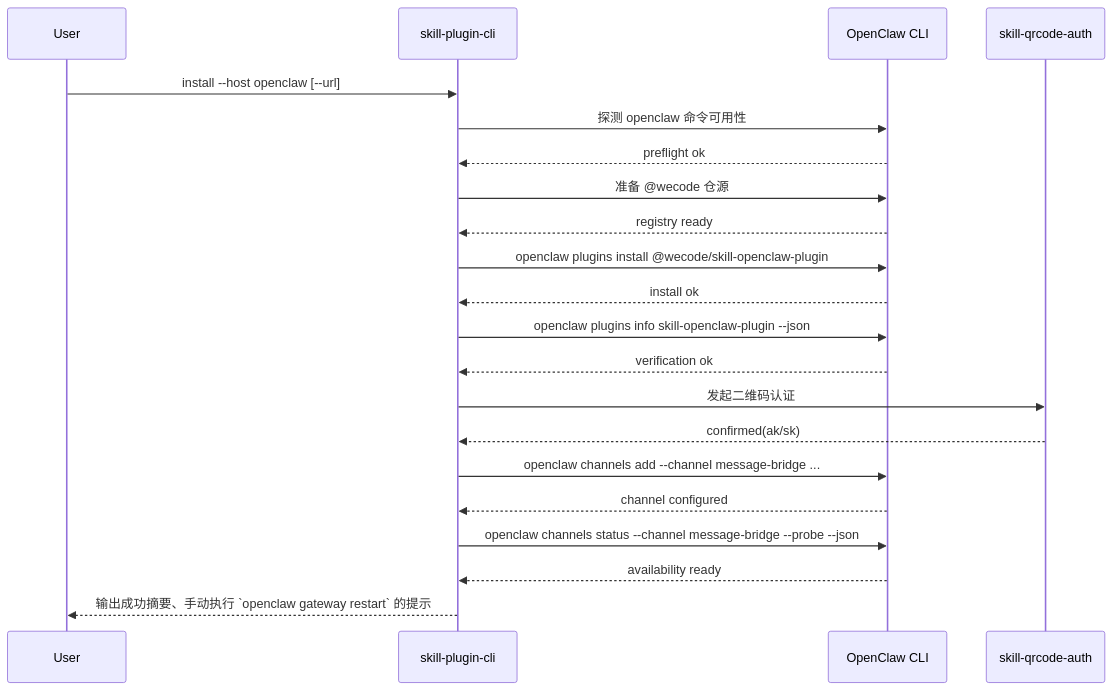
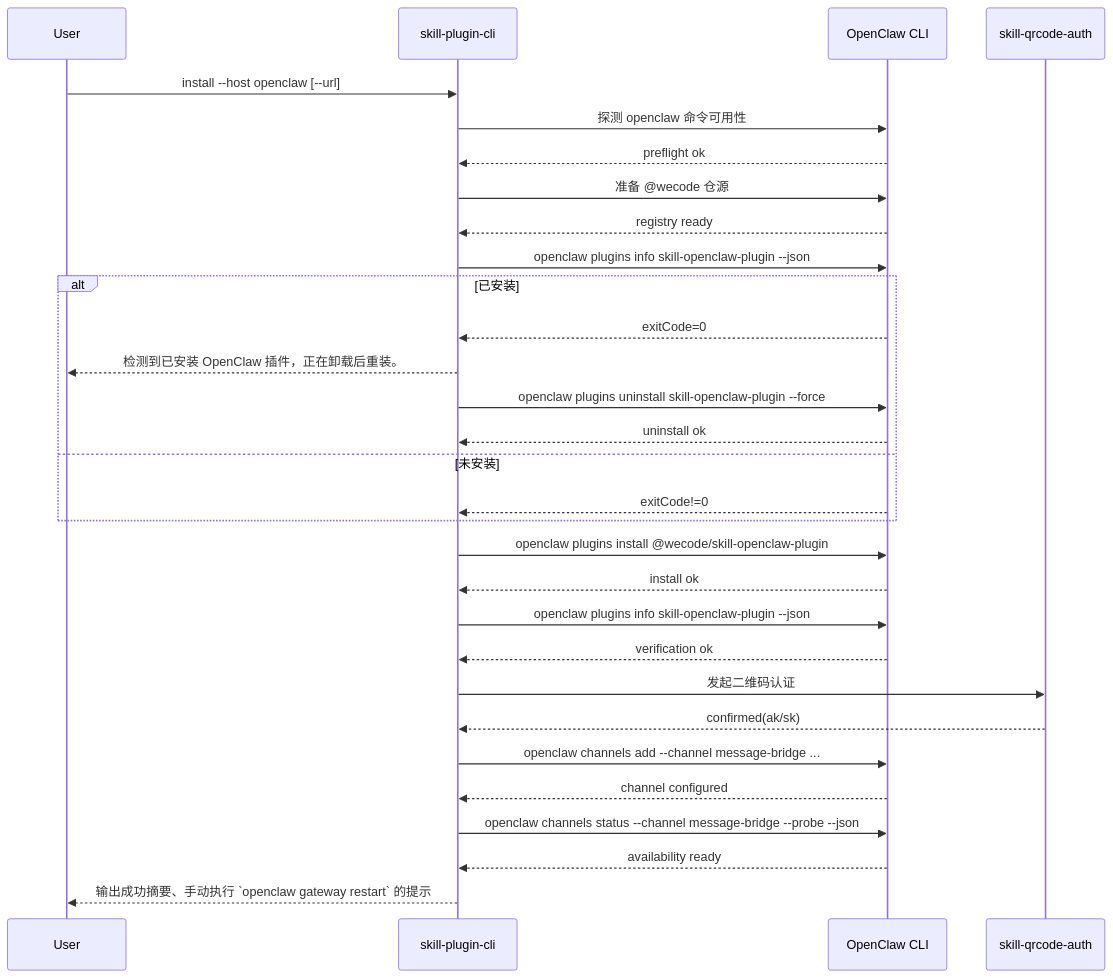
The fourth of 5 diagrams in docs/design/skill-plugin-cli-solution.md (yuzhangCZ/agent-plugin), drawn with Mermaid before and after one commit. The commit also changed other lines of this file and 10 other files, not shown here.

Commit message:
feat: support openclaw reinstall flow

````diff
--- a/docs/design/skill-plugin-cli-solution.md
+++ b/docs/design/skill-plugin-cli-solution.md
@@ -609,24 +614,33 @@
 ```mermaid
 sequenceDiagram
   participant U as User
   participant CLI as skill-plugin-cli
   participant OC as OpenClaw CLI
   participant Auth as skill-qrcode-auth
 
   U->>CLI: install --host openclaw [--url]
   CLI->>OC: 探测 openclaw 命令可用性
   OC-->>CLI: preflight ok
   CLI->>OC: 准备 @wecode 仓源
   OC-->>CLI: registry ready
+  CLI->>OC: openclaw plugins info skill-openclaw-plugin --json
+  alt 已安装
+    OC-->>CLI: exitCode=0
+    CLI-->>U: 检测到已安装 OpenClaw 插件，正在卸载后重装。
+    CLI->>OC: openclaw plugins uninstall skill-openclaw-plugin --force
+    OC-->>CLI: uninstall ok
+  else 未安装
+    OC-->>CLI: exitCode!=0
+  end
   CLI->>OC: openclaw plugins install @wecode/skill-openclaw-plugin
   OC-->>CLI: install ok
   CLI->>OC: openclaw plugins info skill-openclaw-plugin --json
   OC-->>CLI: verification ok
   CLI->>Auth: 发起二维码认证
   Auth-->>CLI: confirmed(ak/sk)
   CLI->>OC: openclaw channels add --channel message-bridge ...
   OC-->>CLI: channel configured
   CLI->>OC: openclaw channels status --channel message-bridge --probe --json
   OC-->>CLI: availability ready
   CLI-->>U: 输出成功摘要、手动执行 `openclaw gateway restart` 的提示
 ```
````
